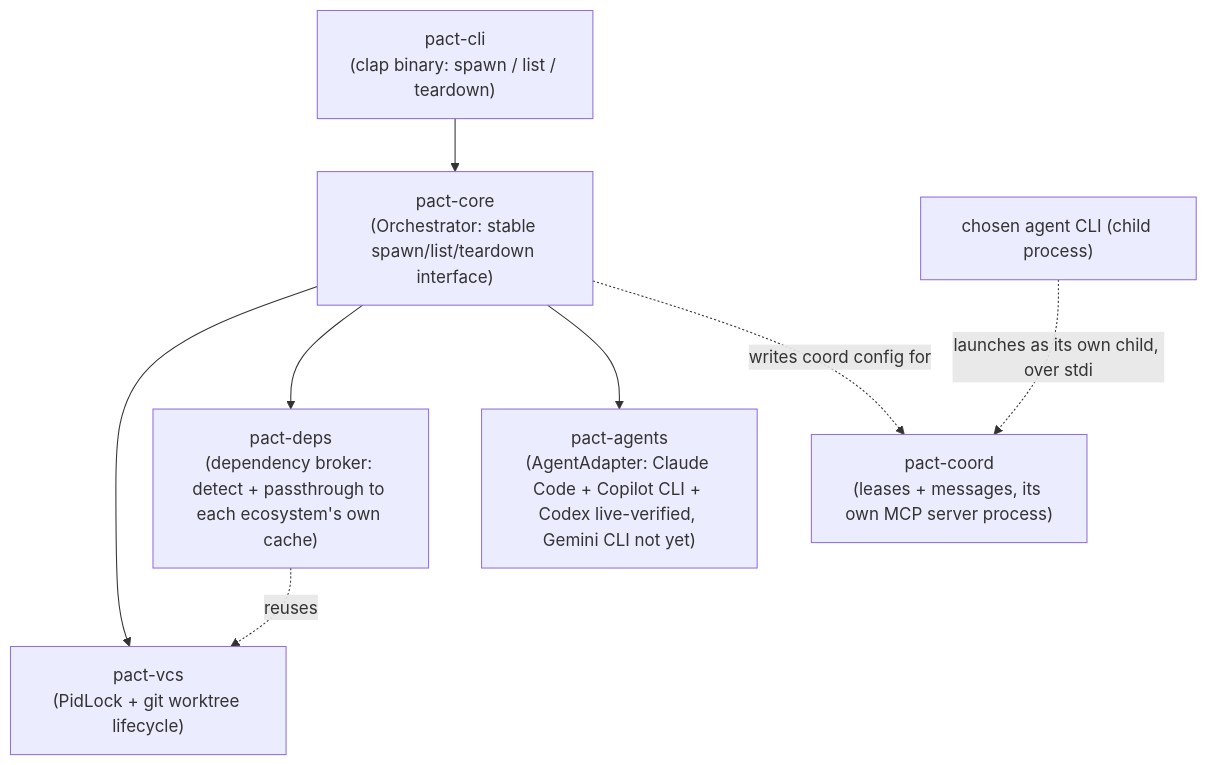
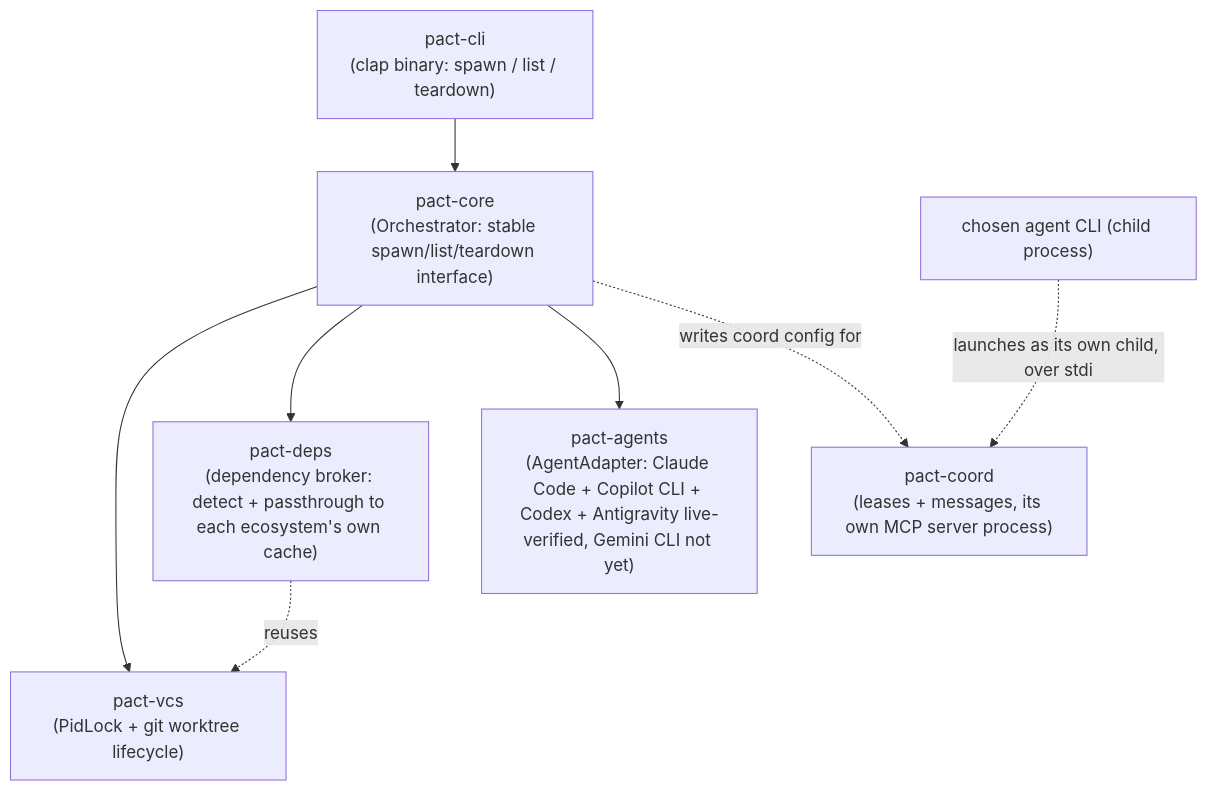
One commit to zekariasasaminew/pact changed the first of 3 diagrams in README.md. Above: the diagram before and after it, drawn with Mermaid. The commit also changed other lines of this file and 6 other files, not shown here.

````diff
--- a/README.md
+++ b/README.md
@@ -634,17 +689,17 @@
 ```mermaid
 graph TD
     CLI["pact-cli<br/>(clap binary: spawn / list / teardown)"]
     Core["pact-core<br/>(Orchestrator: stable spawn/list/teardown interface)"]
     VCS["pact-vcs<br/>(PidLock + git worktree lifecycle)"]
     Deps["pact-deps<br/>(dependency broker: detect + passthrough to each ecosystem's own cache)"]
-    Agents["pact-agents<br/>(AgentAdapter: Claude Code + Copilot CLI + Codex live-verified, Gemini CLI not yet)"]
+    Agents["pact-agents<br/>(AgentAdapter: Claude Code + Copilot CLI + Codex + Antigravity live-verified, Gemini CLI not yet)"]
     Coord["pact-coord<br/>(leases + messages, its own MCP server process)"]
 
     CLI --> Core
     Core --> VCS
     Core --> Deps
     Core --> Agents
     Deps -.reuses.-> VCS
     Core -.writes coord config for.-> Coord
     Agent2["chosen agent CLI (child process)"] -.launches as its own child, over stdio.-> Coord
 ```
````
